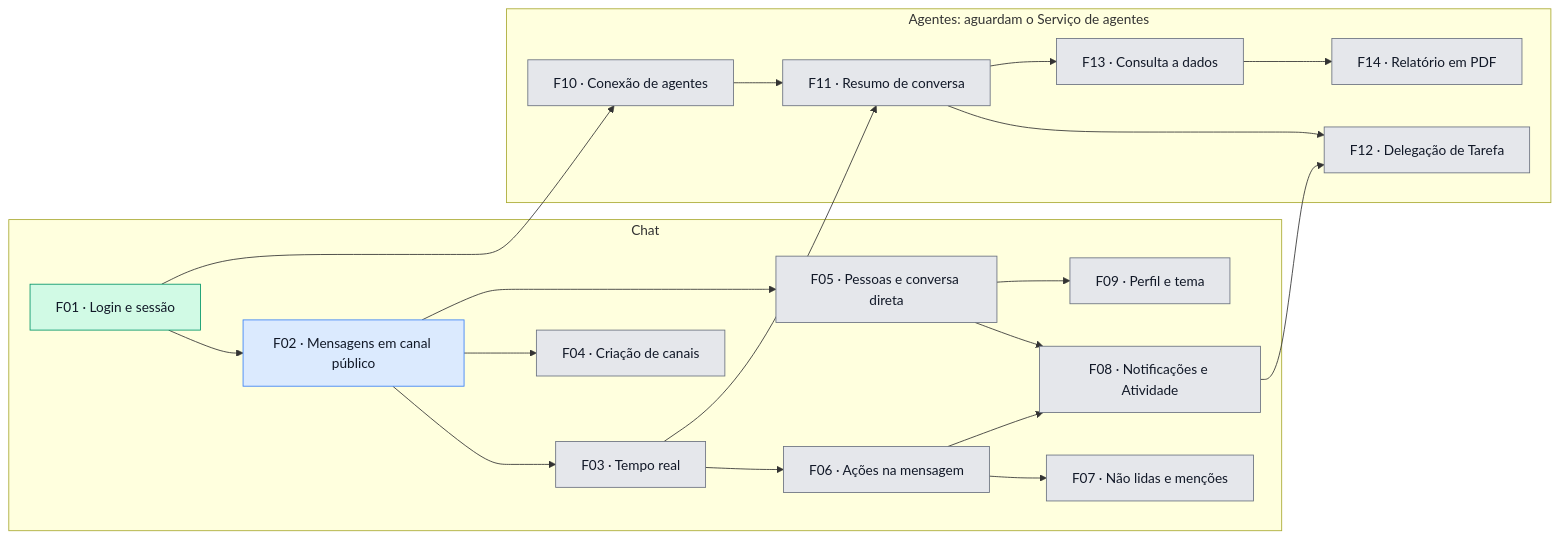
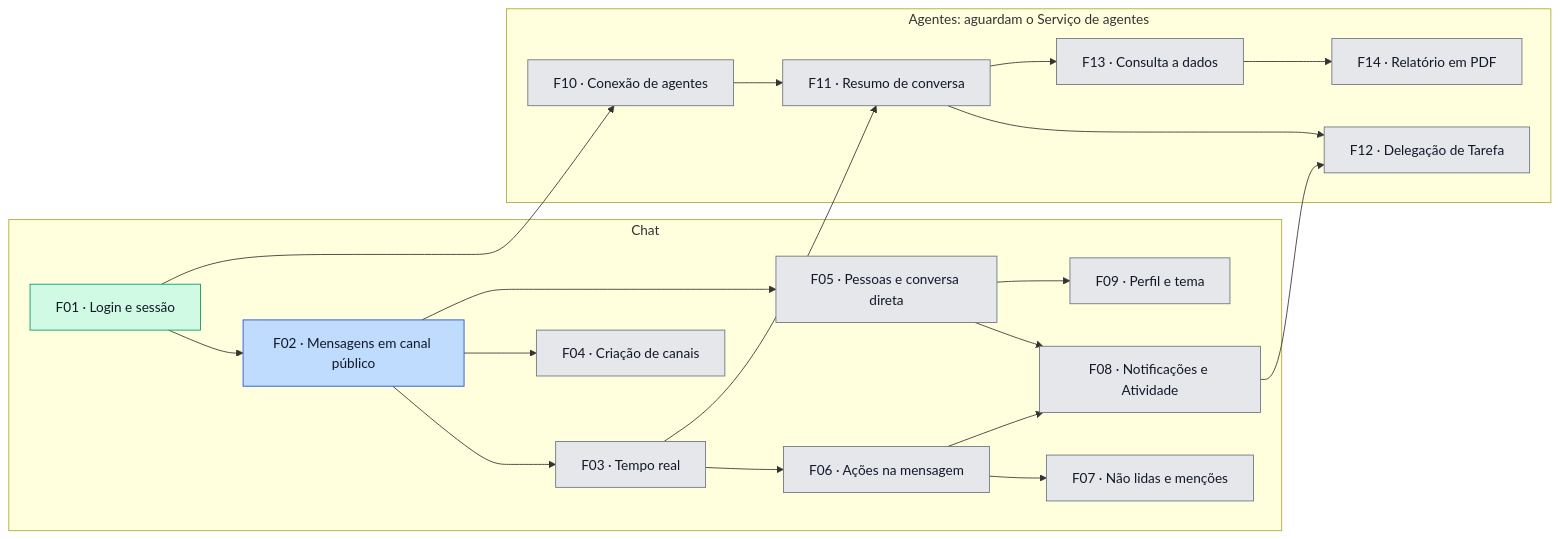
Before and after one commit to 1978bruno/fulldev_SKILL-Agentes-e-MCP-para-vibe-code: the diagram in docs/roadmap.md, drawn with Mermaid. The commit also changed other lines of this file and 4 other files, not shown here.

````diff
--- a/docs/roadmap.md
+++ b/docs/roadmap.md
@@ -48,49 +48,49 @@
 ```mermaid
 flowchart LR
   subgraph chat ["Chat"]
     F01["F01 · Login e sessão"]
     F02["F02 · Mensagens em canal público"]
     F03["F03 · Tempo real"]
     F04["F04 · Criação de canais"]
     F05["F05 · Pessoas e conversa direta"]
     F06["F06 · Ações na mensagem"]
     F07["F07 · Não lidas e menções"]
     F08["F08 · Notificações e Atividade"]
     F09["F09 · Perfil e tema"]
   end
 
   subgraph agentes ["Agentes: aguardam o Serviço de agentes"]
     F10["F10 · Conexão de agentes"]
     F11["F11 · Resumo de conversa"]
     F12["F12 · Delegação de Tarefa"]
     F13["F13 · Consulta a dados"]
     F14["F14 · Relatório em PDF"]
   end
 
   F01 --> F02
   F02 --> F03
   F02 --> F04
   F02 --> F05
   F03 --> F06
   F06 --> F07
   F05 --> F08
   F06 --> F08
   F05 --> F09
   F01 --> F10
   F03 --> F11
   F10 --> F11
   F08 --> F12
   F11 --> F12
   F11 --> F13
   F13 --> F14
 
   classDef planejada fill:#e5e7eb,stroke:#6b7280,color:#111827
   classDef prdPronto fill:#dbeafe,stroke:#3b82f6,color:#111827
   classDef specPronta fill:#bfdbfe,stroke:#1d4ed8,color:#111827
   classDef emAndamento fill:#fef3c7,stroke:#d97706,color:#111827
   classDef concluida fill:#d1fae5,stroke:#059669,color:#111827
 
   class F01 concluida
-  class F02 prdPronto
+  class F02 specPronta
   class F03,F04,F05,F06,F07,F08,F09,F10,F11,F12,F13,F14 planejada
 ```
````
